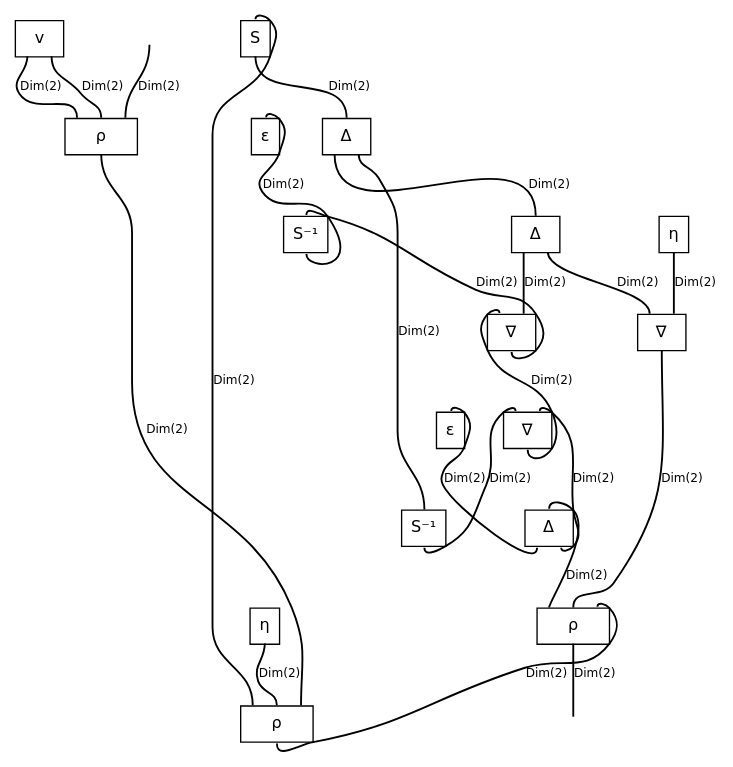
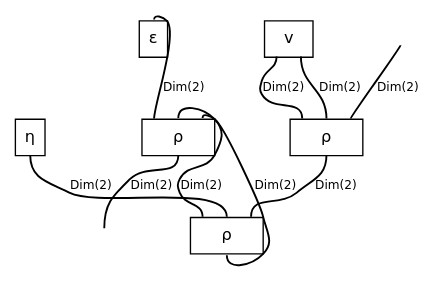
The diagram in docs/_static/hopf/ribbon-functor.dot (discopy/discopy), drawn with Graphviz before and after one commit. The commit also changed 2 other files, not shown here.

```diff
--- a/docs/_static/hopf/ribbon-functor.dot
+++ b/docs/_static/hopf/ribbon-functor.dot
@@ -1,48 +1,24 @@
 graph cmap {
   graph [bgcolor="white", fontname="DejaVu Sans", layout="dot", margin="0.04", outputorder="edgesfirst", overlap="false", rankdir="TB", splines="true"];
   node [color="black", fontname="DejaVu Sans", fontsize="12", margin="0", shape="plain"];
   edge [color="black", fontname="DejaVu Sans", fontsize="9", headclip="true", penwidth="1.4", tailclip="true"];
   v0 [label=<<TABLE BORDER="0" CELLBORDER="0" CELLSPACING="0"><TR><TD BORDER="1" CELLPADDING="6" COLSPAN="2" WIDTH="36">v</TD></TR><TR><TD PORT="p2" TOOLTIP="cod 0: Dim(2) (down, down)" BORDER="0" CELLPADDING="0" COLSPAN="1" WIDTH="18" HEIGHT="0"></TD><TD PORT="p1" TOOLTIP="cod 1: Dim(2) (down, down)" BORDER="0" CELLPADDING="0" COLSPAN="1" WIDTH="18" HEIGHT="0"></TD></TR></TABLE>>];
   v1 [label=<<TABLE BORDER="0" CELLBORDER="0" CELLSPACING="0"><TR><TD PORT="p3" TOOLTIP="dom 0: Dim(2) (up, up)" BORDER="0" CELLPADDING="0" COLSPAN="1" WIDTH="18" HEIGHT="0"></TD><TD PORT="p4" TOOLTIP="dom 1: Dim(2) (up, up)" BORDER="0" CELLPADDING="0" COLSPAN="1" WIDTH="18" HEIGHT="0"></TD><TD PORT="p5" TOOLTIP="dom 2: Dim(2) (up, up)" BORDER="0" CELLPADDING="0" COLSPAN="1" WIDTH="18" HEIGHT="0"></TD></TR><TR><TD BORDER="1" CELLPADDING="6" COLSPAN="3" WIDTH="54">ρ</TD></TR><TR><TD PORT="p6" TOOLTIP="cod 0: Dim(2) (down, down)" BORDER="0" CELLPADDING="0" COLSPAN="3" WIDTH="54" HEIGHT="0"></TD></TR></TABLE>>];
   v2 [label=<<TABLE BORDER="0" CELLBORDER="0" CELLSPACING="0"><TR><TD PORT="p7" TOOLTIP="dom 0: Dim(2) (up, up)" BORDER="0" CELLPADDING="0" COLSPAN="1" WIDTH="18" HEIGHT="0"></TD></TR><TR><TD BORDER="1" CELLPADDING="6" COLSPAN="1" WIDTH="18">ε</TD></TR></TABLE>>];
   v3 [label=<<TABLE BORDER="0" CELLBORDER="0" CELLSPACING="0"><TR><TD BORDER="1" CELLPADDING="6" COLSPAN="1" WIDTH="18">η</TD></TR><TR><TD PORT="p8" TOOLTIP="cod 0: Dim(2) (down, down)" BORDER="0" CELLPADDING="0" COLSPAN="1" WIDTH="18" HEIGHT="0"></TD></TR></TABLE>>];
-  v4 [label=<<TABLE BORDER="0" CELLBORDER="0" CELLSPACING="0"><TR><TD PORT="p9" TOOLTIP="dom 0: Dim(2) (up, up)" BORDER="0" CELLPADDING="0" COLSPAN="1" WIDTH="18" HEIGHT="0"></TD></TR><TR><TD BORDER="1" CELLPADDING="6" COLSPAN="1" WIDTH="18">ε</TD></TR></TABLE>>];
-  v5 [label=<<TABLE BORDER="0" CELLBORDER="0" CELLSPACING="0"><TR><TD PORT="p10" TOOLTIP="dom 0: Dim(2) (up, up)" BORDER="0" CELLPADDING="0" COLSPAN="1" WIDTH="18" HEIGHT="0"></TD></TR><TR><TD BORDER="1" CELLPADDING="6" COLSPAN="1" WIDTH="18">S⁻¹</TD></TR><TR><TD PORT="p11" TOOLTIP="cod 0: Dim(2) (down, down)" BORDER="0" CELLPADDING="0" COLSPAN="1" WIDTH="18" HEIGHT="0"></TD></TR></TABLE>>];
-  v6 [label=<<TABLE BORDER="0" CELLBORDER="0" CELLSPACING="0"><TR><TD PORT="p12" TOOLTIP="dom 0: Dim(2) (up, up)" BORDER="0" CELLPADDING="0" COLSPAN="1" WIDTH="18" HEIGHT="0"></TD></TR><TR><TD BORDER="1" CELLPADDING="6" COLSPAN="1" WIDTH="18">S</TD></TR><TR><TD PORT="p13" TOOLTIP="cod 0: Dim(2) (down, down)" BORDER="0" CELLPADDING="0" COLSPAN="1" WIDTH="18" HEIGHT="0"></TD></TR></TABLE>>];
-  v7 [label=<<TABLE BORDER="0" CELLBORDER="0" CELLSPACING="0"><TR><TD BORDER="1" CELLPADDING="6" COLSPAN="1" WIDTH="18">η</TD></TR><TR><TD PORT="p14" TOOLTIP="cod 0: Dim(2) (down, down)" BORDER="0" CELLPADDING="0" COLSPAN="1" WIDTH="18" HEIGHT="0"></TD></TR></TABLE>>];
-  v8 [label=<<TABLE BORDER="0" CELLBORDER="0" CELLSPACING="0"><TR><TD PORT="p15" TOOLTIP="dom 0: Dim(2) (up, up)" BORDER="0" CELLPADDING="0" COLSPAN="2" WIDTH="36" HEIGHT="0"></TD></TR><TR><TD BORDER="1" CELLPADDING="6" COLSPAN="2" WIDTH="36">Δ</TD></TR><TR><TD PORT="p17" TOOLTIP="cod 0: Dim(2) (down, down)" BORDER="0" CELLPADDING="0" COLSPAN="1" WIDTH="18" HEIGHT="0"></TD><TD PORT="p16" TOOLTIP="cod 1: Dim(2) (down, down)" BORDER="0" CELLPADDING="0" COLSPAN="1" WIDTH="18" HEIGHT="0"></TD></TR></TABLE>>];
-  v9 [label=<<TABLE BORDER="0" CELLBORDER="0" CELLSPACING="0"><TR><TD PORT="p18" TOOLTIP="dom 0: Dim(2) (up, up)" BORDER="0" CELLPADDING="0" COLSPAN="2" WIDTH="36" HEIGHT="0"></TD></TR><TR><TD BORDER="1" CELLPADDING="6" COLSPAN="2" WIDTH="36">Δ</TD></TR><TR><TD PORT="p20" TOOLTIP="cod 0: Dim(2) (down, down)" BORDER="0" CELLPADDING="0" COLSPAN="1" WIDTH="18" HEIGHT="0"></TD><TD PORT="p19" TOOLTIP="cod 1: Dim(2) (down, down)" BORDER="0" CELLPADDING="0" COLSPAN="1" WIDTH="18" HEIGHT="0"></TD></TR></TABLE>>];
-  v10 [label=<<TABLE BORDER="0" CELLBORDER="0" CELLSPACING="0"><TR><TD PORT="p21" TOOLTIP="dom 0: Dim(2) (up, up)" BORDER="0" CELLPADDING="0" COLSPAN="1" WIDTH="18" HEIGHT="0"></TD><TD PORT="p22" TOOLTIP="dom 1: Dim(2) (up, up)" BORDER="0" CELLPADDING="0" COLSPAN="1" WIDTH="18" HEIGHT="0"></TD></TR><TR><TD BORDER="1" CELLPADDING="6" COLSPAN="2" WIDTH="36">∇</TD></TR><TR><TD PORT="p23" TOOLTIP="cod 0: Dim(2) (down, down)" BORDER="0" CELLPADDING="0" COLSPAN="2" WIDTH="36" HEIGHT="0"></TD></TR></TABLE>>];
-  v11 [label=<<TABLE BORDER="0" CELLBORDER="0" CELLSPACING="0"><TR><TD PORT="p24" TOOLTIP="dom 0: Dim(2) (up, up)" BORDER="0" CELLPADDING="0" COLSPAN="1" WIDTH="18" HEIGHT="0"></TD><TD PORT="p25" TOOLTIP="dom 1: Dim(2) (up, up)" BORDER="0" CELLPADDING="0" COLSPAN="1" WIDTH="18" HEIGHT="0"></TD></TR><TR><TD BORDER="1" CELLPADDING="6" COLSPAN="2" WIDTH="36">∇</TD></TR><TR><TD PORT="p26" TOOLTIP="cod 0: Dim(2) (down, down)" BORDER="0" CELLPADDING="0" COLSPAN="2" WIDTH="36" HEIGHT="0"></TD></TR></TABLE>>];
-  v12 [label=<<TABLE BORDER="0" CELLBORDER="0" CELLSPACING="0"><TR><TD PORT="p27" TOOLTIP="dom 0: Dim(2) (up, up)" BORDER="0" CELLPADDING="0" COLSPAN="1" WIDTH="18" HEIGHT="0"></TD></TR><TR><TD BORDER="1" CELLPADDING="6" COLSPAN="1" WIDTH="18">S⁻¹</TD></TR><TR><TD PORT="p28" TOOLTIP="cod 0: Dim(2) (down, down)" BORDER="0" CELLPADDING="0" COLSPAN="1" WIDTH="18" HEIGHT="0"></TD></TR></TABLE>>];
-  v13 [label=<<TABLE BORDER="0" CELLBORDER="0" CELLSPACING="0"><TR><TD PORT="p29" TOOLTIP="dom 0: Dim(2) (up, up)" BORDER="0" CELLPADDING="0" COLSPAN="2" WIDTH="36" HEIGHT="0"></TD></TR><TR><TD BORDER="1" CELLPADDING="6" COLSPAN="2" WIDTH="36">Δ</TD></TR><TR><TD PORT="p31" TOOLTIP="cod 0: Dim(2) (down, down)" BORDER="0" CELLPADDING="0" COLSPAN="1" WIDTH="18" HEIGHT="0"></TD><TD PORT="p30" TOOLTIP="cod 1: Dim(2) (down, down)" BORDER="0" CELLPADDING="0" COLSPAN="1" WIDTH="18" HEIGHT="0"></TD></TR></TABLE>>];
-  v14 [label=<<TABLE BORDER="0" CELLBORDER="0" CELLSPACING="0"><TR><TD PORT="p32" TOOLTIP="dom 0: Dim(2) (up, up)" BORDER="0" CELLPADDING="0" COLSPAN="1" WIDTH="18" HEIGHT="0"></TD><TD PORT="p33" TOOLTIP="dom 1: Dim(2) (up, up)" BORDER="0" CELLPADDING="0" COLSPAN="1" WIDTH="18" HEIGHT="0"></TD></TR><TR><TD BORDER="1" CELLPADDING="6" COLSPAN="2" WIDTH="36">∇</TD></TR><TR><TD PORT="p34" TOOLTIP="cod 0: Dim(2) (down, down)" BORDER="0" CELLPADDING="0" COLSPAN="2" WIDTH="36" HEIGHT="0"></TD></TR></TABLE>>];
-  v15 [label=<<TABLE BORDER="0" CELLBORDER="0" CELLSPACING="0"><TR><TD PORT="p35" TOOLTIP="dom 0: Dim(2) (up, up)" BORDER="0" CELLPADDING="0" COLSPAN="1" WIDTH="18" HEIGHT="0"></TD><TD PORT="p36" TOOLTIP="dom 1: Dim(2) (up, up)" BORDER="0" CELLPADDING="0" COLSPAN="1" WIDTH="18" HEIGHT="0"></TD><TD PORT="p37" TOOLTIP="dom 2: Dim(2) (up, up)" BORDER="0" CELLPADDING="0" COLSPAN="1" WIDTH="18" HEIGHT="0"></TD></TR><TR><TD BORDER="1" CELLPADDING="6" COLSPAN="3" WIDTH="54">ρ</TD></TR><TR><TD PORT="p38" TOOLTIP="cod 0: Dim(2) (down, down)" BORDER="0" CELLPADDING="0" COLSPAN="3" WIDTH="54" HEIGHT="0"></TD></TR></TABLE>>];
-  v16 [label=<<TABLE BORDER="0" CELLBORDER="0" CELLSPACING="0"><TR><TD PORT="p39" TOOLTIP="dom 0: Dim(2) (up, up)" BORDER="0" CELLPADDING="0" COLSPAN="1" WIDTH="18" HEIGHT="0"></TD><TD PORT="p40" TOOLTIP="dom 1: Dim(2) (up, up)" BORDER="0" CELLPADDING="0" COLSPAN="1" WIDTH="18" HEIGHT="0"></TD><TD PORT="p41" TOOLTIP="dom 2: Dim(2) (up, up)" BORDER="0" CELLPADDING="0" COLSPAN="1" WIDTH="18" HEIGHT="0"></TD></TR><TR><TD BORDER="1" CELLPADDING="6" COLSPAN="3" WIDTH="54">ρ</TD></TR><TR><TD PORT="p42" TOOLTIP="cod 0: Dim(2) (down, down)" BORDER="0" CELLPADDING="0" COLSPAN="3" WIDTH="54" HEIGHT="0"></TD></TR></TABLE>>];
+  v4 [label=<<TABLE BORDER="0" CELLBORDER="0" CELLSPACING="0"><TR><TD PORT="p9" TOOLTIP="dom 0: Dim(2) (up, up)" BORDER="0" CELLPADDING="0" COLSPAN="1" WIDTH="18" HEIGHT="0"></TD><TD PORT="p10" TOOLTIP="dom 1: Dim(2) (up, up)" BORDER="0" CELLPADDING="0" COLSPAN="1" WIDTH="18" HEIGHT="0"></TD><TD PORT="p11" TOOLTIP="dom 2: Dim(2) (up, up)" BORDER="0" CELLPADDING="0" COLSPAN="1" WIDTH="18" HEIGHT="0"></TD></TR><TR><TD BORDER="1" CELLPADDING="6" COLSPAN="3" WIDTH="54">ρ</TD></TR><TR><TD PORT="p12" TOOLTIP="cod 0: Dim(2) (down, down)" BORDER="0" CELLPADDING="0" COLSPAN="3" WIDTH="54" HEIGHT="0"></TD></TR></TABLE>>];
+  v5 [label=<<TABLE BORDER="0" CELLBORDER="0" CELLSPACING="0"><TR><TD PORT="p13" TOOLTIP="dom 0: Dim(2) (up, up)" BORDER="0" CELLPADDING="0" COLSPAN="1" WIDTH="18" HEIGHT="0"></TD><TD PORT="p14" TOOLTIP="dom 1: Dim(2) (up, up)" BORDER="0" CELLPADDING="0" COLSPAN="1" WIDTH="18" HEIGHT="0"></TD><TD PORT="p15" TOOLTIP="dom 2: Dim(2) (up, up)" BORDER="0" CELLPADDING="0" COLSPAN="1" WIDTH="18" HEIGHT="0"></TD></TR><TR><TD BORDER="1" CELLPADDING="6" COLSPAN="3" WIDTH="54">ρ</TD></TR><TR><TD PORT="p16" TOOLTIP="cod 0: Dim(2) (down, down)" BORDER="0" CELLPADDING="0" COLSPAN="3" WIDTH="54" HEIGHT="0"></TD></TR></TABLE>>];
   input [label=<<TABLE BORDER="0" CELLBORDER="0" CELLSPACING="0"><TR><TD PORT="p0" TOOLTIP="input 0: Dim(2)" BORDER="0" CELLPADDING="4"></TD></TR></TABLE>>];
-  output [label=<<TABLE BORDER="0" CELLBORDER="0" CELLSPACING="0"><TR><TD PORT="p43" TOOLTIP="output 0: Dim(2)" BORDER="0" CELLPADDING="4"></TD></TR></TABLE>>];
+  output [label=<<TABLE BORDER="0" CELLBORDER="0" CELLSPACING="0"><TR><TD PORT="p17" TOOLTIP="output 0: Dim(2)" BORDER="0" CELLPADDING="4"></TD></TR></TABLE>>];
   { rank=min; input; }
   { rank=max; output; }
   input:p0:s -- v1:p5:n [label="Dim(2)", labeldistance="1.6", len="0.85"];
   v0:p1:s -- v1:p4:n [label="Dim(2)", labeldistance="1.6", len="0.85"];
   v0:p2:s -- v1:p3:n [label="Dim(2)", labeldistance="1.6", len="0.85"];
-  v1:p6:s -- v16:p41:n [label="Dim(2)", labeldistance="1.6", len="0.85"];
-  v2:p7:n -- v5:p11:s [label="Dim(2)", labeldistance="1.6", len="0.85"];
-  v3:p8:s -- v16:p40:n [label="Dim(2)", labeldistance="1.6", len="0.85"];
-  v4:p9:n -- v13:p31:s [label="Dim(2)", labeldistance="1.6", len="0.85"];
-  v5:p10:n -- v10:p23:s [label="Dim(2)", labeldistance="1.6", len="0.85"];
-  v6:p12:n -- v16:p39:n [label="Dim(2)", labeldistance="1.6", len="0.85"];
-  v6:p13:s -- v8:p15:n [label="Dim(2)", labeldistance="1.6", len="0.85"];
-  v7:p14:s -- v14:p33:n [label="Dim(2)", labeldistance="1.6", len="0.85"];
-  v8:p16:s -- v12:p27:n [label="Dim(2)", labeldistance="1.6", len="0.85"];
-  v8:p17:s -- v9:p18:n [label="Dim(2)", labeldistance="1.6", len="0.85"];
-  v9:p19:s -- v14:p32:n [label="Dim(2)", labeldistance="1.6", len="0.85"];
-  v9:p20:s -- v10:p22:n [label="Dim(2)", labeldistance="1.6", len="0.85"];
-  v10:p21:n -- v11:p26:s [label="Dim(2)", labeldistance="1.6", len="0.85"];
-  v11:p24:n -- v12:p28:s [label="Dim(2)", labeldistance="1.6", len="0.85"];
-  v11:p25:n -- v13:p30:s [label="Dim(2)", labeldistance="1.6", len="0.85"];
-  v13:p29:n -- v15:p35:n [label="Dim(2)", labeldistance="1.6", len="0.85"];
-  v14:p34:s -- v15:p36:n [label="Dim(2)", labeldistance="1.6", len="0.85"];
-  v15:p37:n -- v16:p42:s [label="Dim(2)", labeldistance="1.6", len="0.85"];
-  v15:p38:s -- output:p43:n [label="Dim(2)", labeldistance="1.6", len="0.85"];
+  v1:p6:s -- v5:p15:n [label="Dim(2)", labeldistance="1.6", len="0.85"];
+  v2:p7:n -- v4:p9:n [label="Dim(2)", labeldistance="1.6", len="0.85"];
+  v3:p8:s -- v5:p14:n [label="Dim(2)", labeldistance="1.6", len="0.85"];
+  v4:p10:n -- v5:p13:n [label="Dim(2)", labeldistance="1.6", len="0.85"];
+  v4:p11:n -- v5:p16:s [label="Dim(2)", labeldistance="1.6", len="0.85"];
+  v4:p12:s -- output:p17:n [label="Dim(2)", labeldistance="1.6", len="0.85"];
 }
```
